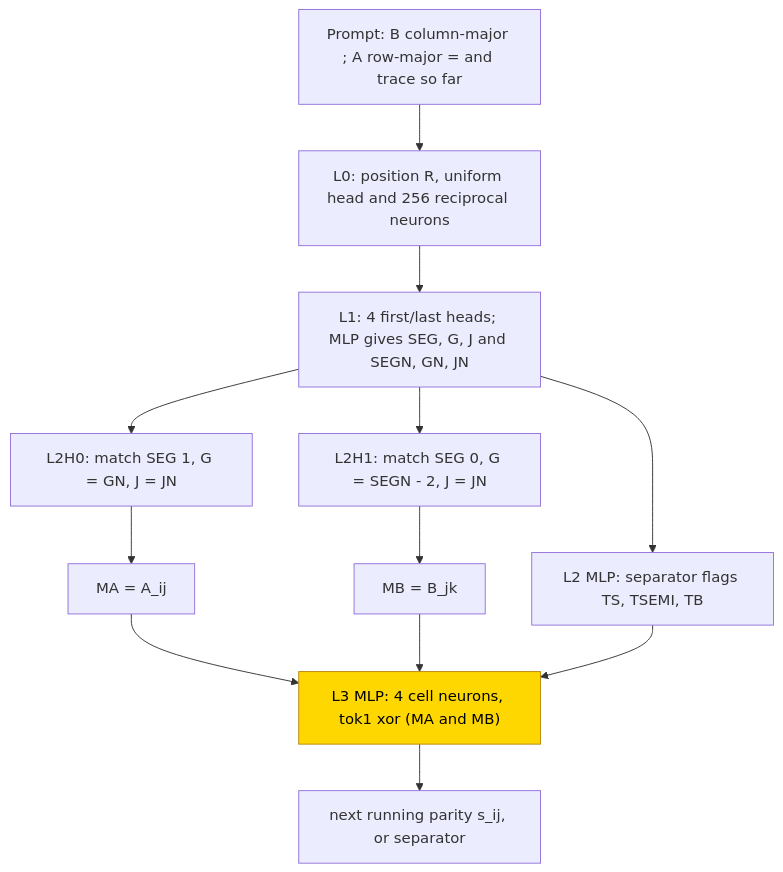
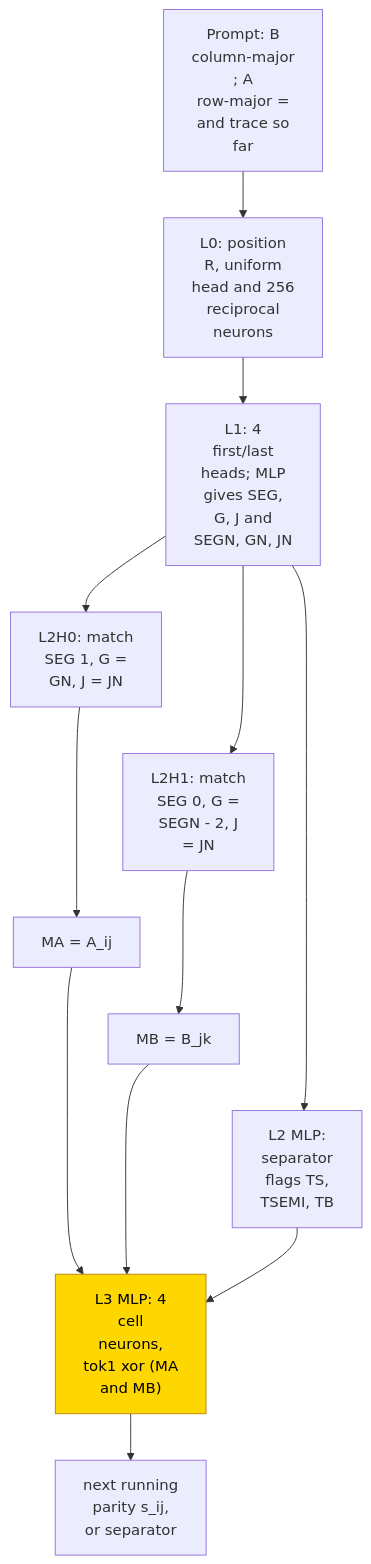
The first of 2 diagrams in entries/gf2-matrix-product.md (jc1122/mechanistic-interpretability-circuit-atlas), drawn with Mermaid before and after one commit. The commit also changed 39 other files, not shown here.

````diff
--- a/entries/gf2-matrix-product.md
+++ b/entries/gf2-matrix-product.md
@@ -97,18 +97,23 @@
 ```mermaid
 flowchart TD
     accTitle: Hand-built operand fetch and XOR-of-AND update
     accDescr: Frozen position and separator frames address two operand-fetch heads. Their bits, the preceding parity and separator flags enter the final XOR-of-AND lookup MLP. Only that final stage is trained in PART.
-    P["Prompt: B column-major ; A row-major = and trace so far"] --> L0["L0: position R, uniform head and 256 reciprocal neurons"]
-    L0 --> L1["L1: 4 first/last heads; MLP gives SEG, G, J and SEGN, GN, JN"]
-    L1 --> H0["L2H0: match SEG 1, G = GN, J = JN"]
-    L1 --> H1["L2H1: match SEG 0, G = SEGN - 2, J = JN"]
+    P["Prompt: B<br/>column-major<br/>; A<br/>row-major =<br/>and trace so<br/>far"] --> L0["L0: position<br/>R, uniform<br/>head and 256<br/>reciprocal<br/>neurons"]
+    L0 --> L1["L1: 4<br/>first/last<br/>heads; MLP<br/>gives SEG,<br/>G, J and<br/>SEGN, GN, JN"]
+    L1 --> H0["L2H0: match<br/>SEG 1, G =<br/>GN, J = JN"]
+    L1 --> H1["L2H1: match<br/>SEG 0, G =<br/>SEGN - 2, J<br/>= JN"]
     H0 --> MA["MA = A_ij"]
     H1 --> MB["MB = B_jk"]
-    L1 --> F["L2 MLP: separator flags TS, TSEMI, TB"]
-    MA --> M3["L3 MLP: 4 cell neurons, tok1 xor (MA and MB)"]
+    L1 --> F["L2 MLP:<br/>separator<br/>flags TS,<br/>TSEMI, TB"]
+    MA --> M3["L3 MLP: 4<br/>cell<br/>neurons,<br/>tok1 xor (MA<br/>and MB)"]
     MB --> M3
     F --> M3
-    M3 --> Y["next running parity s_ij, or separator"]
+    M3 --> Y["next running<br/>parity s_ij,<br/>or separator"]
     classDef trained fill:gold,stroke:darkgoldenrod,color:black
     class M3 trained
+    %% Invisible links constrain vertical layout only, not computation.
+    H0 ~~~ H1
+    H1 ~~~ MA
+    MA ~~~ MB
+    MB ~~~ F
 ```
````
